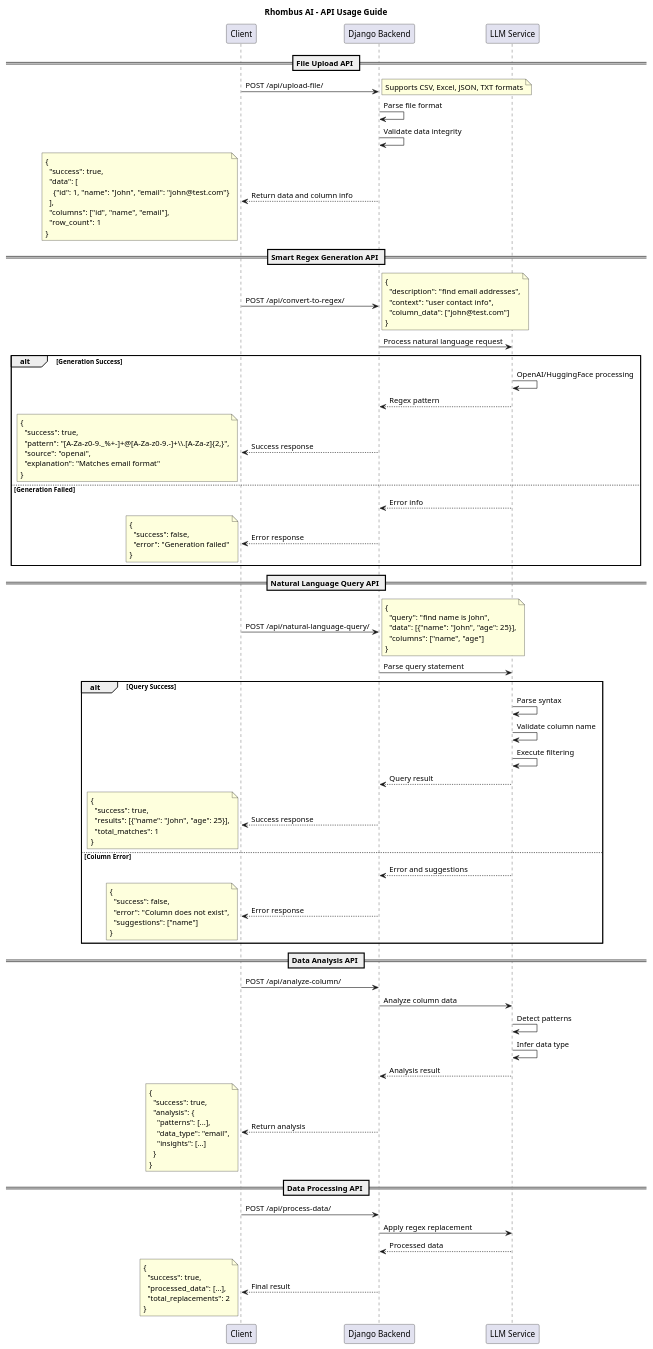
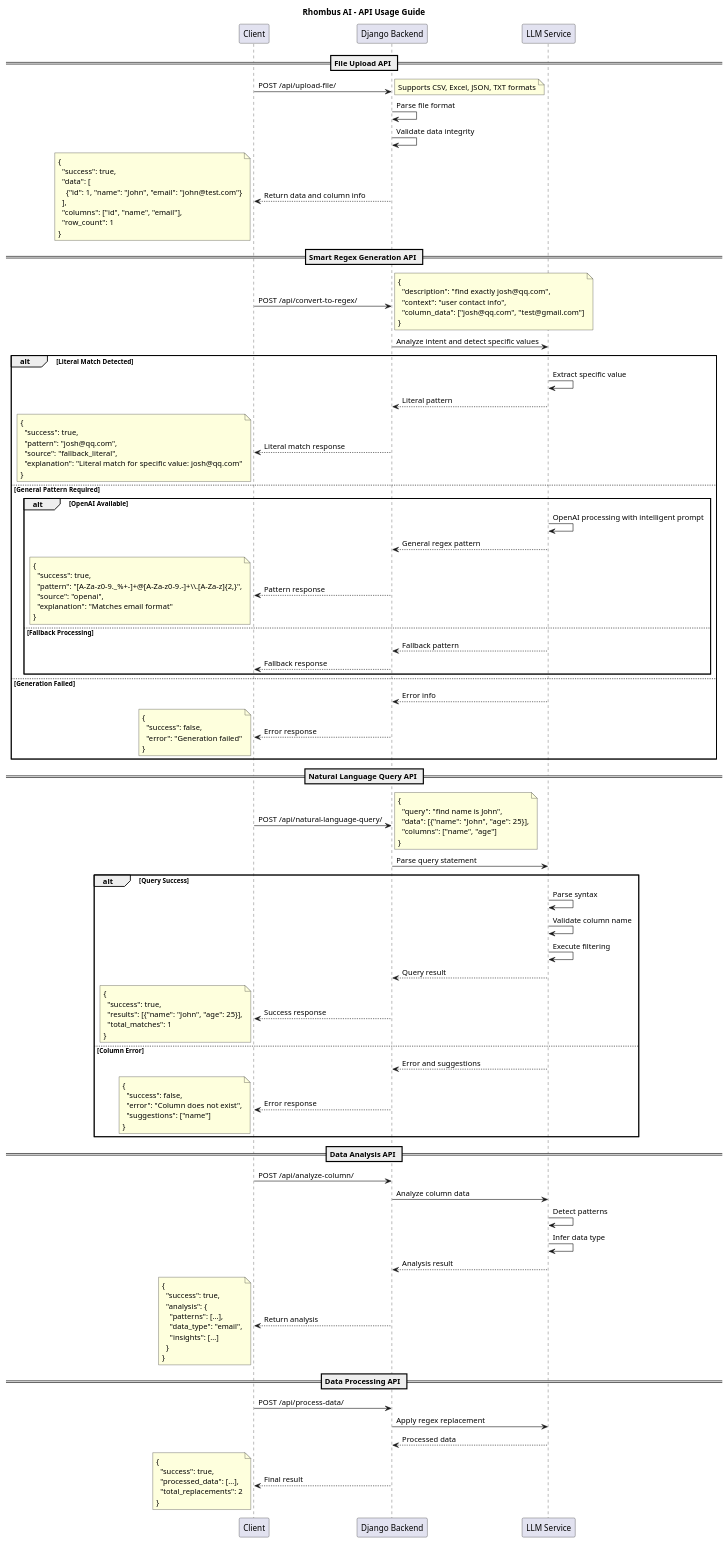
Before and after one commit to Fan111i/Rhombus_AI: the diagram in backend/api_usage_guide.puml, drawn with PlantUML. The commit also changed 3 other files, not shown here.

```diff
--- a/backend/api_usage_guide.puml
+++ b/backend/api_usage_guide.puml
@@ -1,127 +1,144 @@
 @startuml
 title Rhombus AI - API Usage Guide
 
 
 participant Client as Client
 participant "Django Backend" as Backend
 participant "LLM Service" as LLM
 
 == File Upload API ==
 Client -> Backend: POST /api/upload-file/
 note right: Supports CSV, Excel, JSON, TXT formats
 Backend -> Backend: Parse file format
 Backend -> Backend: Validate data integrity
 Backend --> Client: Return data and column info
 note left
 {
   "success": true,
   "data": [
     {"id": 1, "name": "John", "email": "john@test.com"}
   ],
   "columns": ["id", "name", "email"],
   "row_count": 1
 }
 end note
 
 == Smart Regex Generation API ==
 Client -> Backend: POST /api/convert-to-regex/
 note right
 {
-  "description": "find email addresses",
+  "description": "find exactly josh@qq.com",
   "context": "user contact info",
-  "column_data": ["john@test.com"]
+  "column_data": ["josh@qq.com", "test@gmail.com"]
 }
 end note
 
-Backend -> LLM: Process natural language request
-alt Generation Success
-    LLM -> LLM: OpenAI/HuggingFace processing
-    LLM --> Backend: Regex pattern
-    Backend --> Client: Success response
+Backend -> LLM: Analyze intent and detect specific values
+alt Literal Match Detected
+    LLM -> LLM: Extract specific value
+    LLM --> Backend: Literal pattern
+    Backend --> Client: Literal match response
     note left
     {
       "success": true,
-      "pattern": "[A-Za-z0-9._%+-]+@[A-Za-z0-9.-]+\\.[A-Za-z]{2,}",
-      "source": "openai",
-      "explanation": "Matches email format"
+      "pattern": "josh@qq.com",
+      "source": "fallback_literal",
+      "explanation": "Literal match for specific value: josh@qq.com"
     }
     end note
+else General Pattern Required
+    alt OpenAI Available
+        LLM -> LLM: OpenAI processing with intelligent prompt
+        LLM --> Backend: General regex pattern
+        Backend --> Client: Pattern response
+        note left
+        {
+          "success": true,
+          "pattern": "[A-Za-z0-9._%+-]+@[A-Za-z0-9.-]+\\.[A-Za-z]{2,}",
+          "source": "openai",
+          "explanation": "Matches email format"
+        }
+        end note
+    else Fallback Processing
+        LLM --> Backend: Fallback pattern
+        Backend --> Client: Fallback response
+    end
 else Generation Failed
     LLM --> Backend: Error info
     Backend --> Client: Error response
     note left
     {
       "success": false,
       "error": "Generation failed"
     }
     end note
 end
 
 == Natural Language Query API ==
 Client -> Backend: POST /api/natural-language-query/
 note right
 {
   "query": "find name is John",
   "data": [{"name": "John", "age": 25}],
   "columns": ["name", "age"]
 }
 end note
 
 Backend -> LLM: Parse query statement
 alt Query Success
     LLM -> LLM: Parse syntax
     LLM -> LLM: Validate column name
     LLM -> LLM: Execute filtering
     LLM --> Backend: Query result
     Backend --> Client: Success response
     note left
     {
       "success": true,
       "results": [{"name": "John", "age": 25}],
       "total_matches": 1
     }
     end note
 else Column Error
     LLM --> Backend: Error and suggestions
     Backend --> Client: Error response
     note left
     {
       "success": false,
       "error": "Column does not exist",
       "suggestions": ["name"]
     }
     end note
 end
 
 == Data Analysis API ==
 Client -> Backend: POST /api/analyze-column/
 Backend -> LLM: Analyze column data
 LLM -> LLM: Detect patterns
 LLM -> LLM: Infer data type
 LLM --> Backend: Analysis result
 Backend --> Client: Return analysis
 note left
 {
   "success": true,
   "analysis": {
     "patterns": [...],
     "data_type": "email",
     "insights": [...]
   }
 }
 end note
 
 == Data Processing API ==
 Client -> Backend: POST /api/process-data/
 Backend -> LLM: Apply regex replacement
 LLM --> Backend: Processed data
 Backend --> Client: Final result
 note left
 {
   "success": true,
   "processed_data": [...],
   "total_replacements": 2
 }
 end note
 
 @enduml
```
